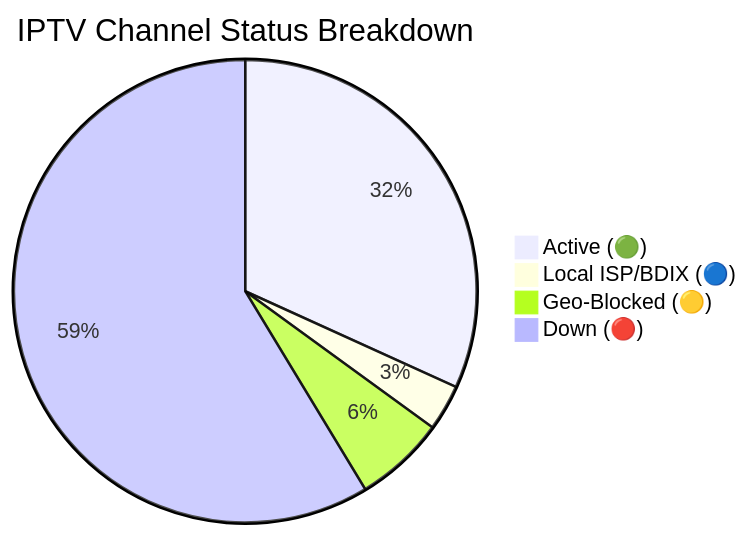
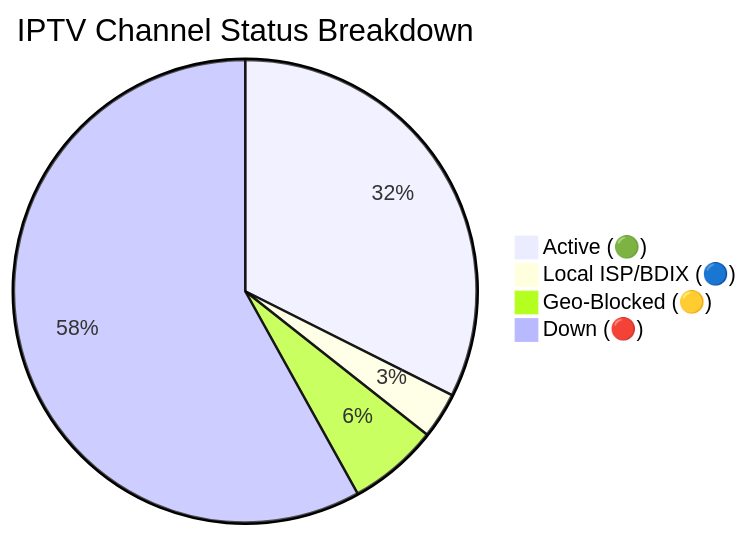
The diagram in README.md (Zaman-Topu/Ip-tv-Collection), drawn with Mermaid before and after one commit. The commit also changed other lines of this file and 6 other files, not shown here.

````diff
--- a/README.md
+++ b/README.md
@@ -118,7 +118,7 @@
 ```mermaid
 pie title IPTV Channel Status Breakdown
-    "Active (🟢)" : 10785
-    "Local ISP/BDIX (🔵)" : 1097
-    "Geo-Blocked (🟡)" : 2144
-    "Down (🔴)" : 19913
+    "Active (🟢)" : 10974
+    "Local ISP/BDIX (🔵)" : 1091
+    "Geo-Blocked (🟡)" : 2134
+    "Down (🔴)" : 19663
 ```
````
